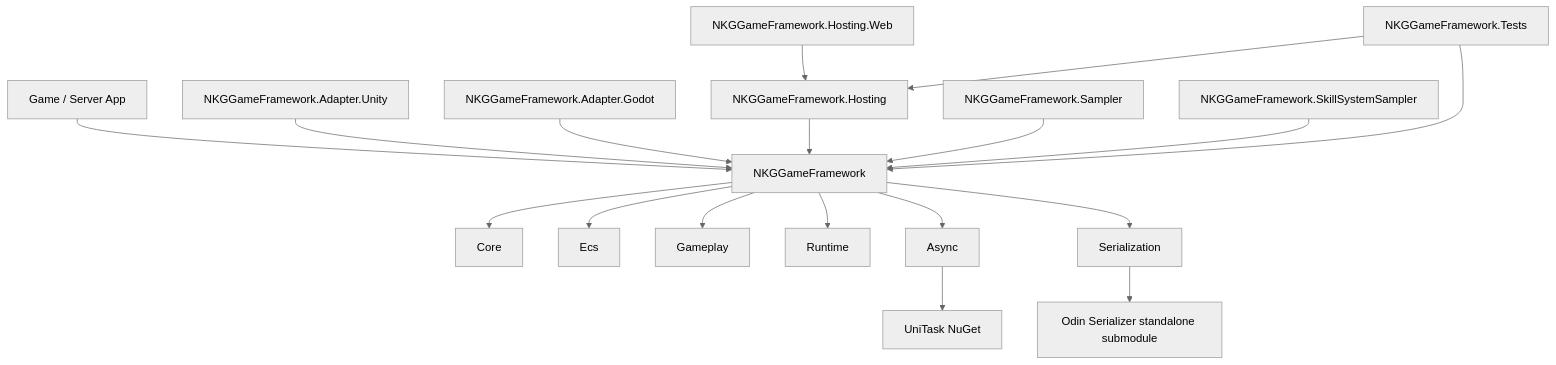
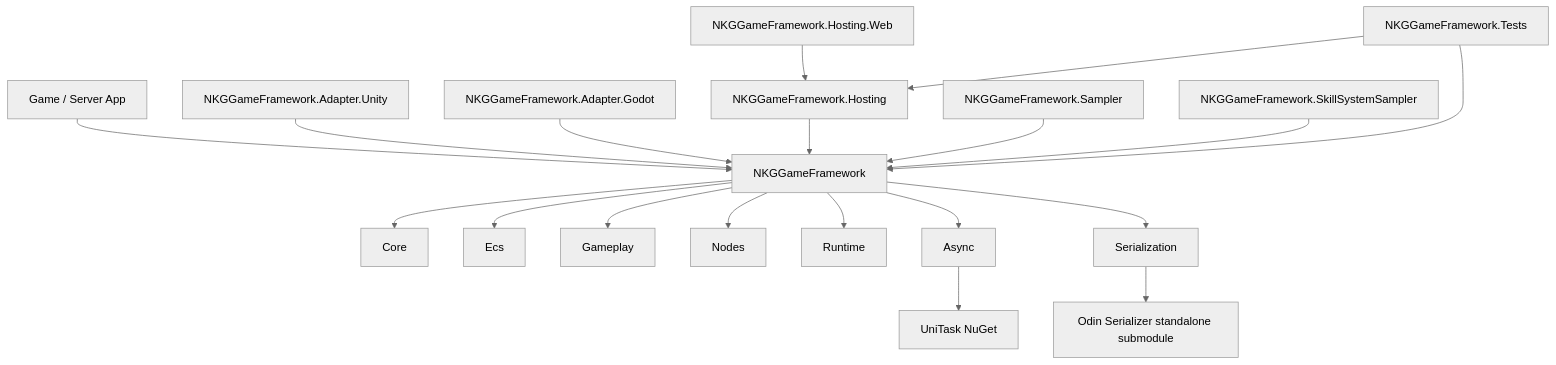
One commit to wqaetly/NKGGameFramework changed the first of 2 diagrams in README.md. Above: the diagram before and after it, drawn with Mermaid (neutral theme). The commit also changed other lines of this file and 8 other files, not shown here.

````diff
--- a/README.md
+++ b/README.md
@@ -23,22 +24,23 @@
 ```mermaid
 flowchart TD
     App["Game / Server App"] --> CorePkg["NKGGameFramework"]
     UnityAdapter["NKGGameFramework.Adapter.Unity"] --> CorePkg
     GodotAdapter["NKGGameFramework.Adapter.Godot"] --> CorePkg
     HostingPkg["NKGGameFramework.Hosting"] --> CorePkg
     InspectorWeb["NKGGameFramework.Hosting.Web"] --> HostingPkg
     Sampler["NKGGameFramework.Sampler"] --> CorePkg
     SkillSampler["NKGGameFramework.SkillSystemSampler"] --> CorePkg
     Tests["NKGGameFramework.Tests"] --> CorePkg
     Tests --> HostingPkg
 
     CorePkg --> Core["Core"]
     CorePkg --> Ecs["Ecs"]
     CorePkg --> Gameplay["Gameplay"]
+    CorePkg --> Nodes["Nodes"]
     CorePkg --> Runtime["Runtime"]
     CorePkg --> Async["Async"]
     CorePkg --> Serialization["Serialization"]
 
     Async --> UniTask["UniTask NuGet"]
     Serialization --> Odin["Odin Serializer standalone submodule"]
 ```
````
